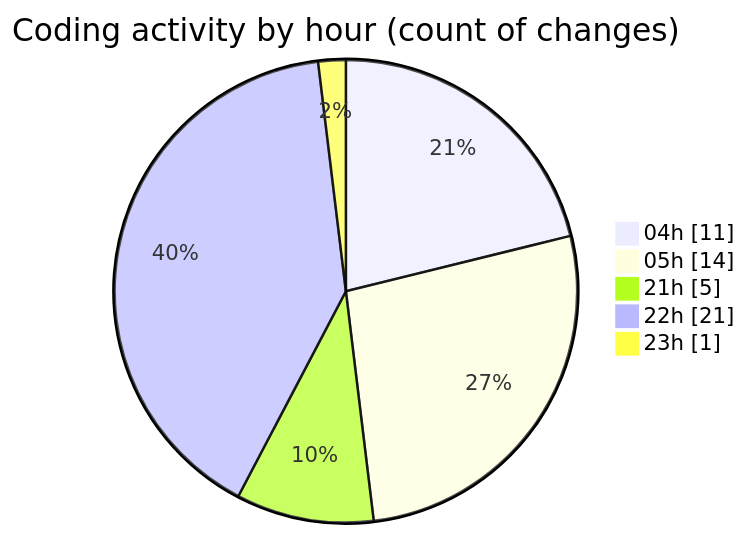
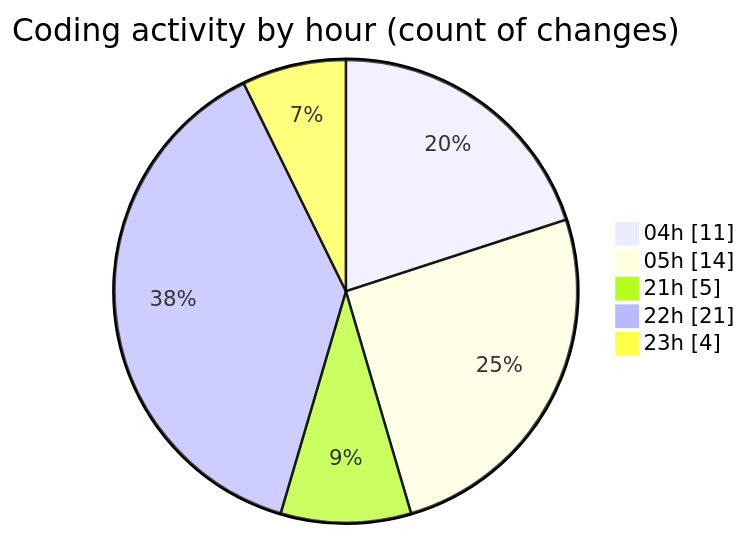
One commit to idhammustaqopulfikri/code-tracking changed the second of 2 diagrams in 2025-03-27/autodidak/README.md. Above: the diagram before and after it, drawn with Mermaid. The commit also changed other lines of this file and 1 other file, not shown here.

````diff
--- a/2025-03-27/autodidak/README.md
+++ b/2025-03-27/autodidak/README.md
@@ -38,9 +38,9 @@
 ```mermaid
 pie showData
 title Coding activity by hour (count of changes)
 "04h" : 11
 "05h" : 14
 "21h" : 5
 "22h" : 21
-"23h" : 1
+"23h" : 4
 ```
````
